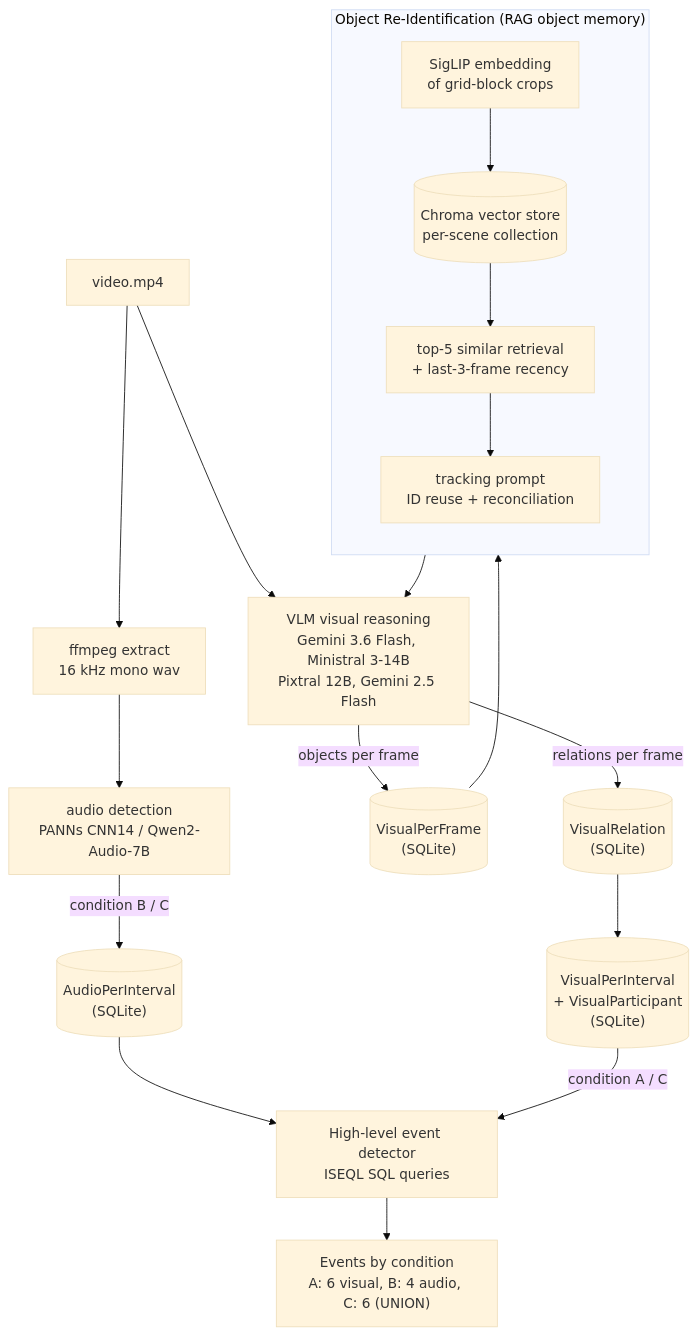
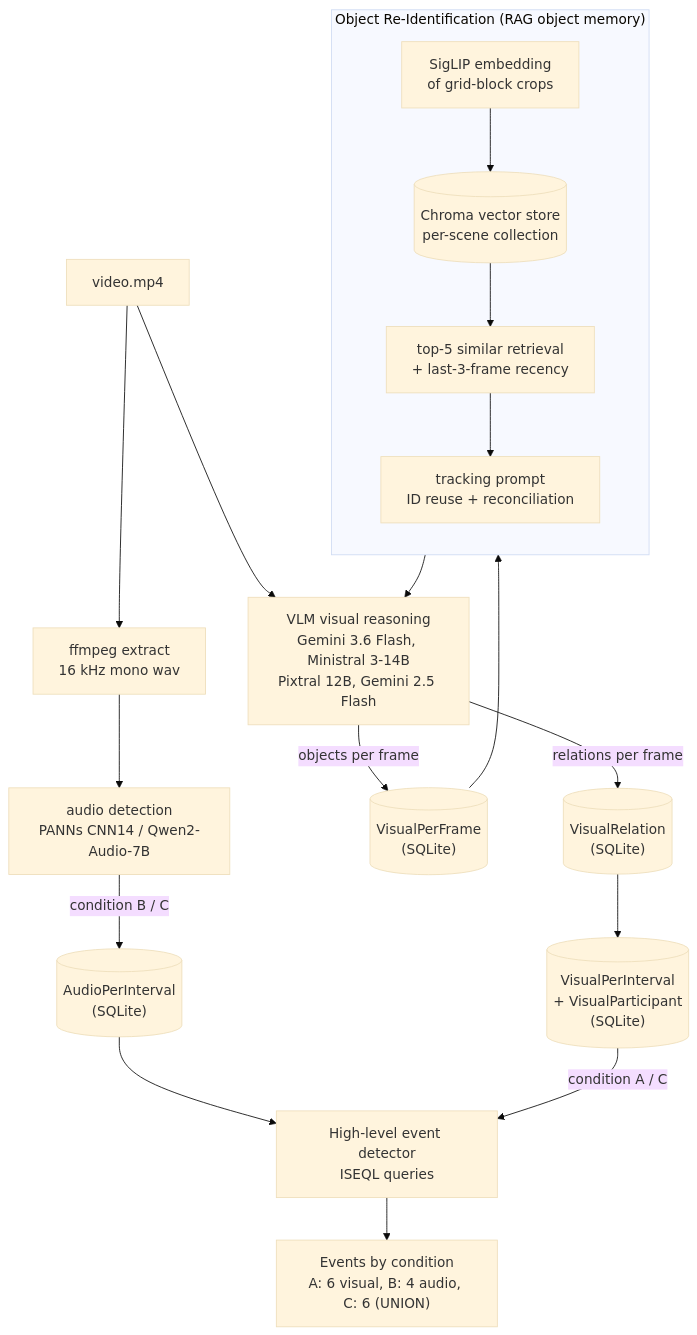
Before and after one commit to ghiffaryr/multimodal-surveillance-iseql: the diagram in README.md, drawn with Mermaid (base theme). The commit also changed other lines of this file and 3 other files, not shown here.

````diff
--- a/README.md
+++ b/README.md
@@ -44,32 +44,32 @@
 ```mermaid
 flowchart TB
     VIDEO["video.mp4"]
 
     VIDEO --> FF["ffmpeg extract<br/>16 kHz mono wav"]
     FF --> AUD["audio detection<br/>PANNs CNN14 / Qwen2-Audio-7B"]
     AUD -->|condition B / C| AINT[("AudioPerInterval<br/>(SQLite)")]
 
     VIDEO --> VLM["VLM visual reasoning<br/>Gemini 3.6 Flash, Ministral 3-14B<br/>Pixtral 12B, Gemini 2.5 Flash"]
 
     VLM -->|objects per frame| VPF[("VisualPerFrame<br/>(SQLite)")]
     VLM -->|relations per frame| VREL[("VisualRelation<br/>(SQLite)")]
 
     subgraph REID["Object Re-Identification (RAG object memory)"]
         direction TB
         EMB["SigLIP embedding<br/>of grid-block crops"]
         CHROMA[("Chroma vector store<br/>per-scene collection")]
         RET["top-5 similar retrieval<br/>+ last-3-frame recency"]
         TRACK["tracking prompt<br/>ID reuse + reconciliation"]
         EMB --> CHROMA --> RET --> TRACK
     end
 
     VPF --> EMB
     TRACK --> VLM
 
     VREL --> VINT[("VisualPerInterval<br/>+ VisualParticipant<br/>(SQLite)")]
 
-    AINT --> DET["High-level event detector<br/>ISEQL SQL queries"]
+    AINT --> DET["High-level event detector<br/>ISEQL queries"]
     VINT -->|condition A / C| DET
 
     DET --> COND["Events by condition<br/>A: 6 visual, B: 4 audio, C: 6 (UNION)"]
 ```
````
